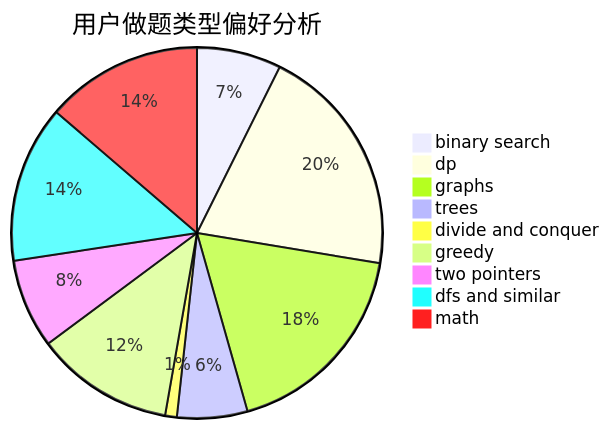
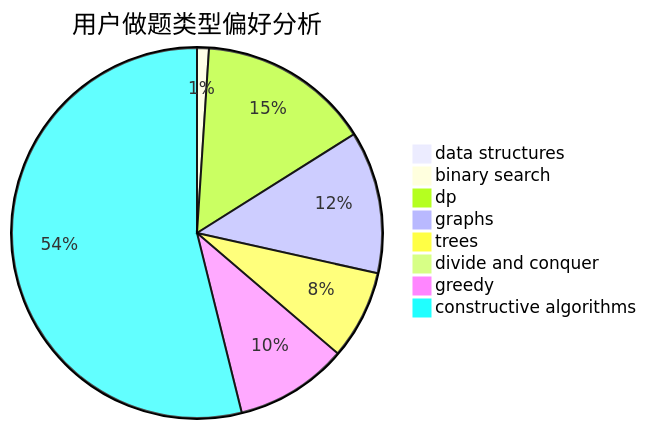
Before and after one commit to sherpahu/cfrs.github.io: the second of 3 diagrams in docs/user/u1078.md, drawn with Mermaid. The commit also changed other lines of this file and 2775 other files, not shown here.

````diff
--- a/docs/user/u1078.md
+++ b/docs/user/u1078.md
@@ -23,12 +23,11 @@
 ```mermaid
 pie title 用户做题类型偏好分析
-    "binary search" :  36
-    "dp" :  99
-    "graphs" :  88
-    "trees" :  30
-    "divide and conquer" :  5
-    "greedy" :  59
-    "two pointers" :  38
-    "dfs and similar" :  67
-    "math" :  67
+    "data structures" :  1
+    "binary search" :  2
+    "dp" :  29
+    "graphs" :  24
+    "trees" :  15
+    "divide and conquer" :  0
+    "greedy" :  19
+    "constructive algorithms" :  104
 ```
````
